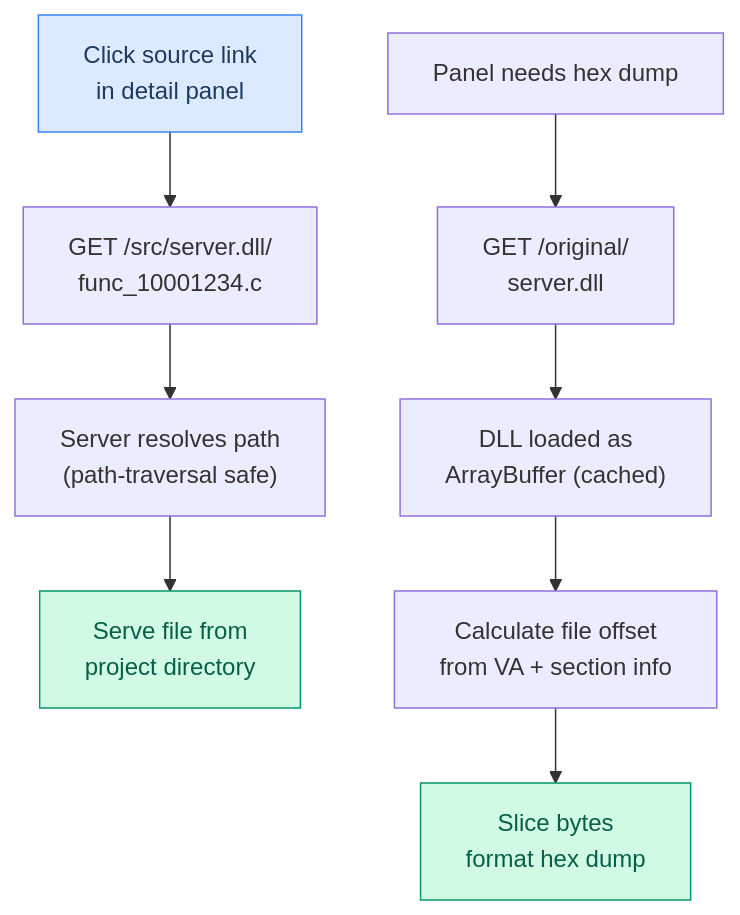
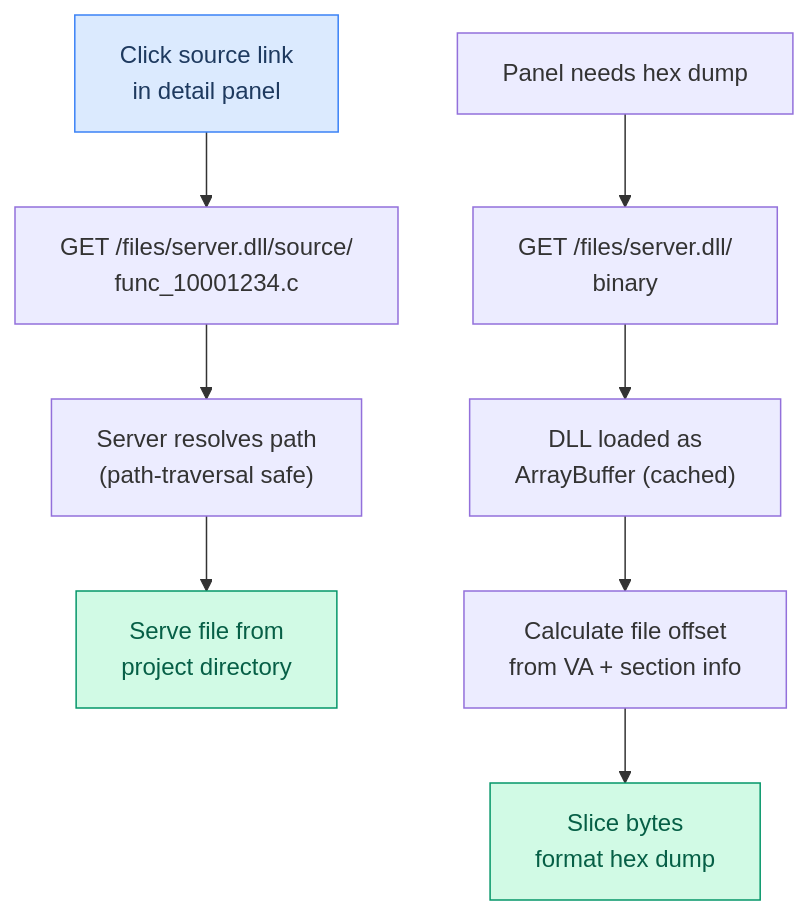
Before and after one commit to maci0/recoverage: diagram 15 of 18 in docs/USER_STORIES.md, drawn with Mermaid. The commit also changed other lines of this file and 51 other files, not shown here.

````diff
--- a/docs/USER_STORIES.md
+++ b/docs/USER_STORIES.md
@@ -488,15 +478,15 @@
 ```mermaid
 graph TD
-    A["Click source link<br/>in detail panel"] --> B["GET /src/server.dll/<br/>func_10001234.c"]
+    A["Click source link<br/>in detail panel"] --> B["GET /files/server.dll/source/<br/>func_10001234.c"]
     B --> C["Server resolves path<br/>(path-traversal safe)"]
     C --> D["Serve file from<br/>project directory"]
 
-    E["Panel needs hex dump"] --> F["GET /original/<br/>server.dll"]
+    E["Panel needs hex dump"] --> F["GET /files/server.dll/<br/>binary"]
     F --> G["DLL loaded as<br/>ArrayBuffer (cached)"]
     G --> H["Calculate file offset<br/>from VA + section info"]
     H --> I["Slice bytes<br/>format hex dump"]
 
     style A fill:#dbeafe,stroke:#3b82f6,color:#1e3a5f
     style D fill:#d1fae5,stroke:#059669,color:#065f46
     style I fill:#d1fae5,stroke:#059669,color:#065f46
 ```
````
